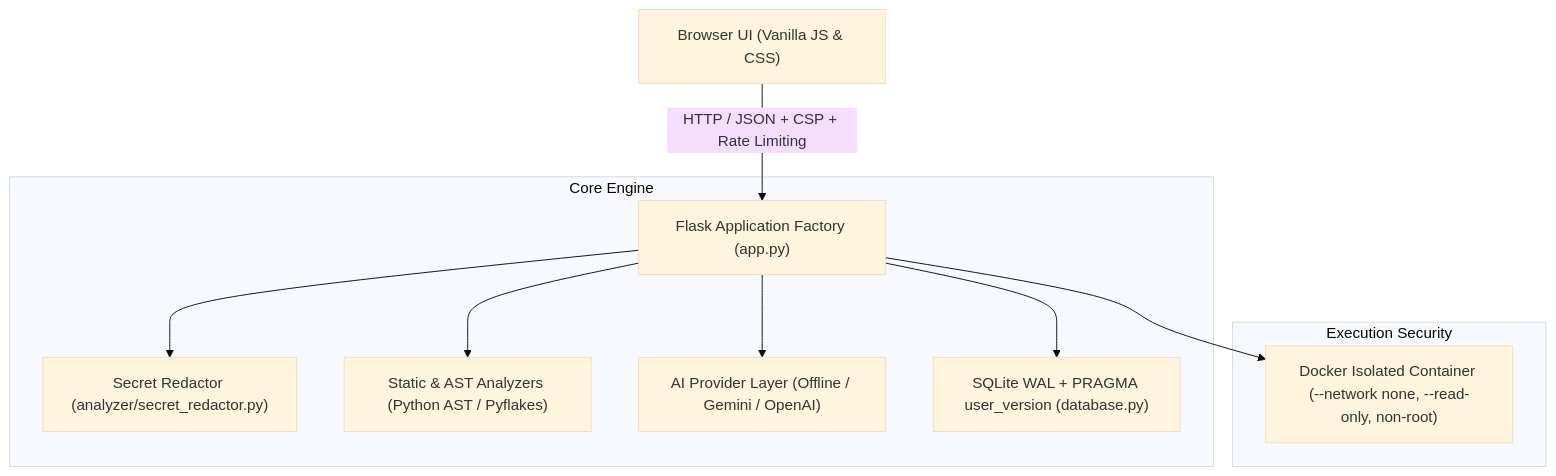
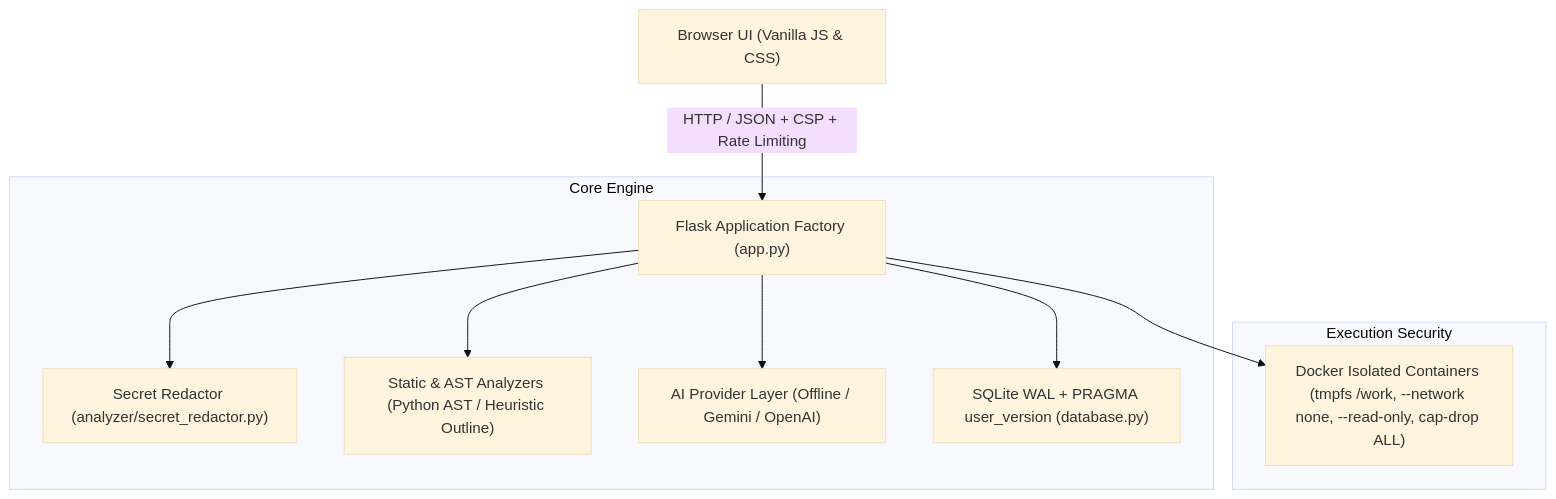
Before and after one commit to HarshiniChebrolu/CodeComprehension: the diagram in README.md, drawn with Mermaid (base theme). The commit also changed other lines of this file and 6 other files, not shown here.

````diff
--- a/README.md
+++ b/README.md
@@ -11,15 +11,15 @@
 ```mermaid
 graph TD
     Client["Browser UI (Vanilla JS & CSS)"] -->|HTTP / JSON + CSP + Rate Limiting| FlaskApp["Flask Application Factory (app.py)"]
     
     subgraph Core Engine
         FlaskApp --> Redactor["Secret Redactor (analyzer/secret_redactor.py)"]
-        FlaskApp --> StaticAST["Static & AST Analyzers (Python AST / Pyflakes)"]
+        FlaskApp --> StaticAST["Static & AST Analyzers (Python AST / Heuristic Outline)"]
         FlaskApp --> AIProviders["AI Provider Layer (Offline / Gemini / OpenAI)"]
         FlaskApp --> DB["SQLite WAL + PRAGMA user_version (database.py)"]
     end
     
     subgraph Execution Security
-        FlaskApp --> Sandbox["Docker Isolated Container (--network none, --read-only, non-root)"]
+        FlaskApp --> Sandbox["Docker Isolated Containers (tmpfs /work, --network none, --read-only, cap-drop ALL)"]
     end
 ```
````
